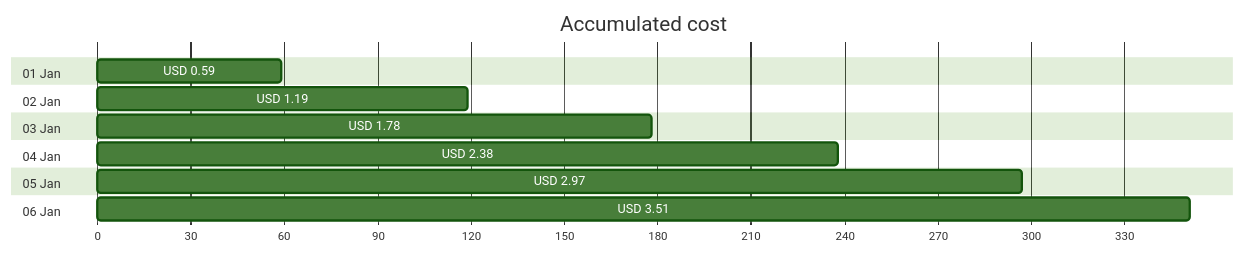
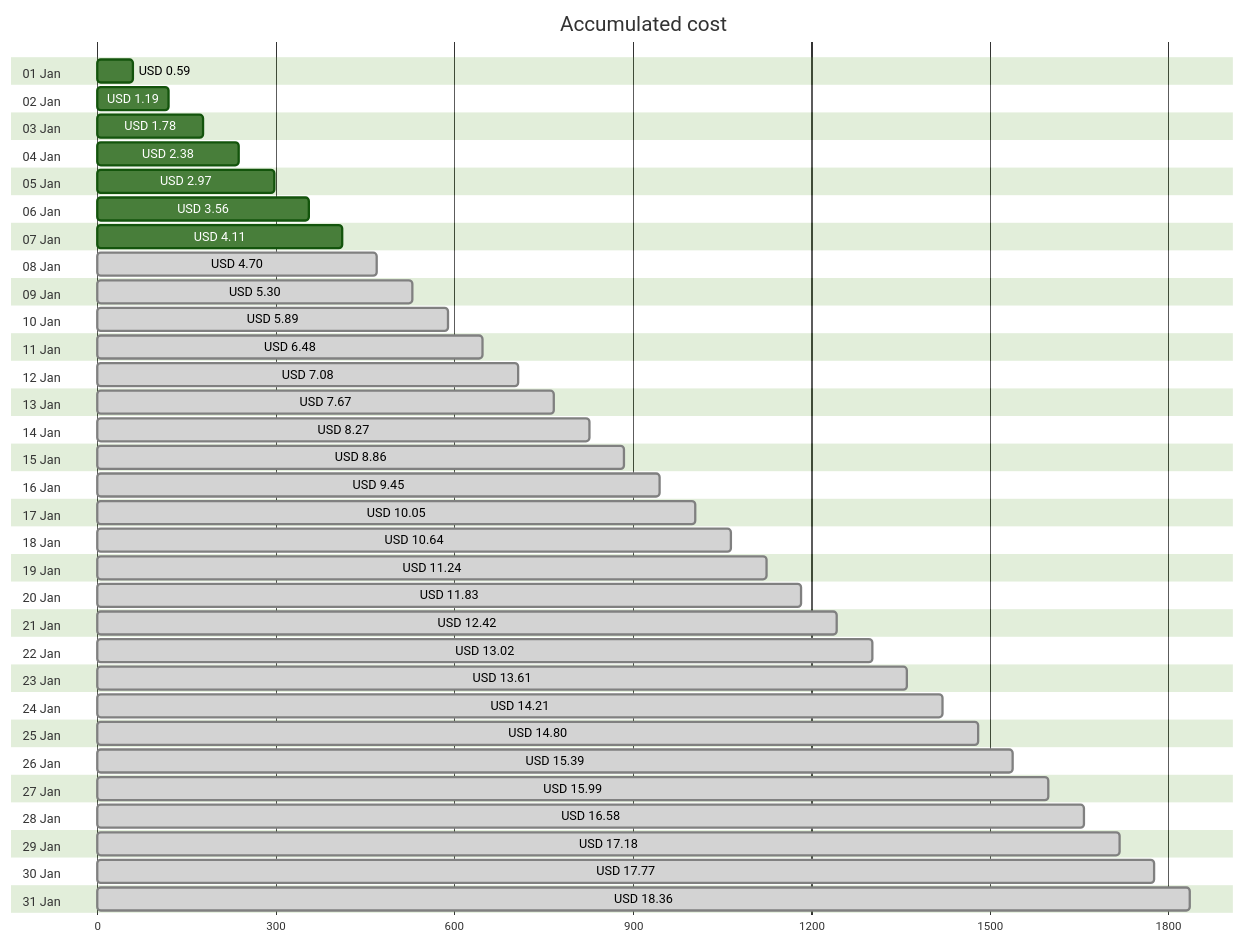
The first of 4 diagrams in cost-reports/personal-site/README.md (jpfulton/azure-personal-reports), drawn with Mermaid (forest theme) before and after one commit. The commit also changed other lines of this file and 6 other files, not shown here.

````diff
--- a/cost-reports/personal-site/README.md
+++ b/cost-reports/personal-site/README.md
@@ -20,18 +20,68 @@
 ```mermaid
 gantt
    title Accumulated cost
    dateFormat  X
    axisFormat %s
    section 01 Jan
    USD 0.59 :0, 59
    section 02 Jan
    USD 1.19 :0, 119
    section 03 Jan
    USD 1.78 :0, 178
    section 04 Jan
    USD 2.38 :0, 238
    section 05 Jan
    USD 2.97 :0, 297
    section 06 Jan
-   USD 3.51 :0, 351
+   USD 3.56 :0, 356
+   section 07 Jan
+   USD 4.11 :0, 411
+   section 08 Jan
+   USD 4.70 : done, 0, 470
+   section 09 Jan
+   USD 5.30 : done, 0, 530
+   section 10 Jan
+   USD 5.89 : done, 0, 589
+   section 11 Jan
+   USD 6.48 : done, 0, 648
+   section 12 Jan
+   USD 7.08 : done, 0, 708
+   section 13 Jan
+   USD 7.67 : done, 0, 767
+   section 14 Jan
+   USD 8.27 : done, 0, 827
+   section 15 Jan
+   USD 8.86 : done, 0, 886
+   section 16 Jan
+   USD 9.45 : done, 0, 945
+   section 17 Jan
+   USD 10.05 : done, 0, 1005
+   section 18 Jan
+   USD 10.64 : done, 0, 1064
+   section 19 Jan
+   USD 11.24 : done, 0, 1124
+   section 20 Jan
+   USD 11.83 : done, 0, 1183
+   section 21 Jan
+   USD 12.42 : done, 0, 1242
+   section 22 Jan
+   USD 13.02 : done, 0, 1302
+   section 23 Jan
+   USD 13.61 : done, 0, 1361
+   section 24 Jan
+   USD 14.21 : done, 0, 1421
+   section 25 Jan
+   USD 14.80 : done, 0, 1480
+   section 26 Jan
+   USD 15.39 : done, 0, 1539
+   section 27 Jan
+   USD 15.99 : done, 0, 1599
+   section 28 Jan
+   USD 16.58 : done, 0, 1658
+   section 29 Jan
+   USD 17.18 : done, 0, 1718
+   section 30 Jan
+   USD 17.77 : done, 0, 1777
+   section 31 Jan
+   USD 18.36 : done, 0, 1836
 ```
````
